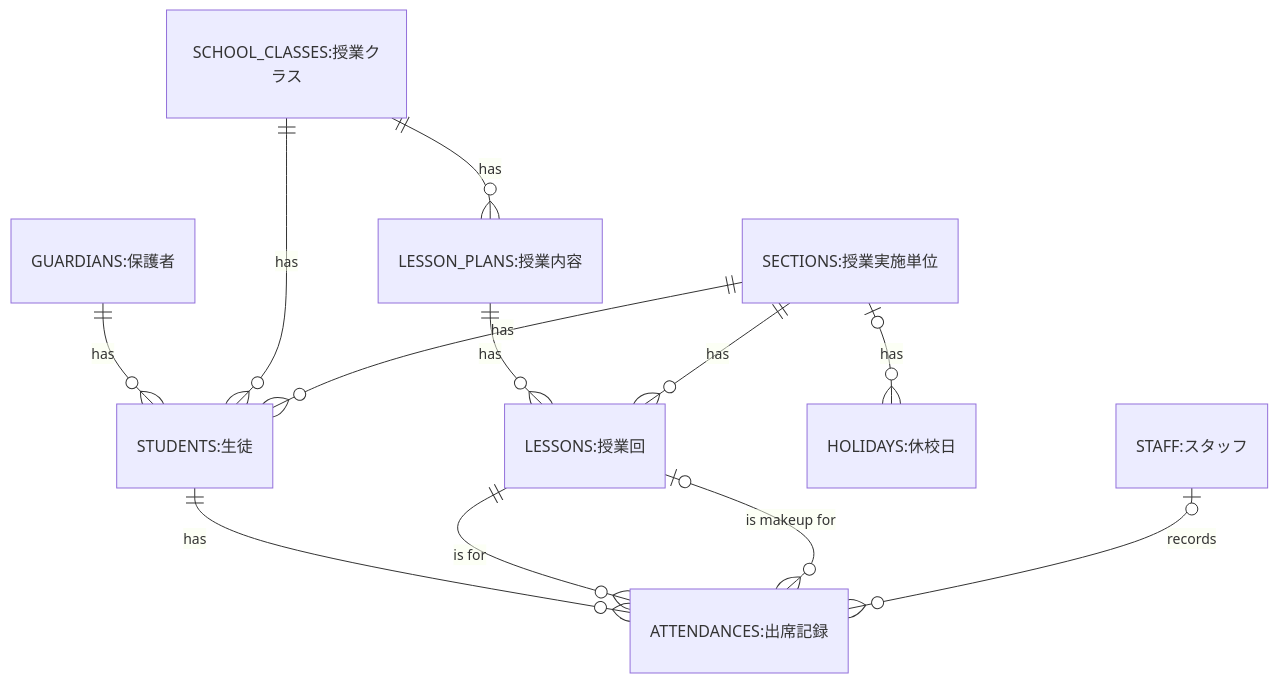
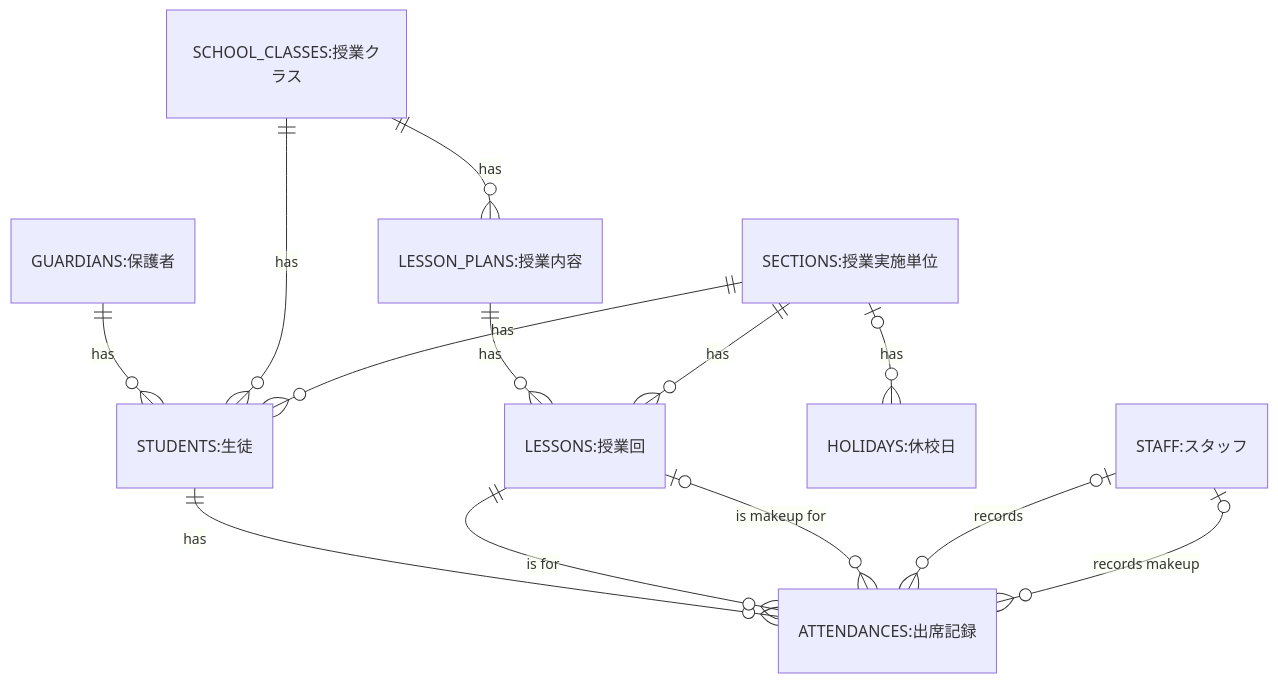
One commit to yamanoha-taishi/programming-school-attendance changed the diagram in docs/design/テーブル定義書.md. Above: the diagram before and after it, drawn with Mermaid. The commit also changed other lines of this file and 11 other files, not shown here.

````diff
--- a/docs/design/テーブル定義書.md
+++ b/docs/design/テーブル定義書.md
@@ -174,25 +175,26 @@
 ```mermaid
 
 erDiagram
   GUARDIANS["GUARDIANS:保護者"] {}
   STUDENTS["STUDENTS:生徒"] {}
   STAFF["STAFF:スタッフ"] {}
   HOLIDAYS["HOLIDAYS:休校日"] {}
   SCHOOL_CLASSES["SCHOOL_CLASSES:授業クラス"] {}
   LESSONS["LESSONS:授業回"] {}
   LESSON_PLANS["LESSON_PLANS:授業内容"] {}
   SECTIONS["SECTIONS:授業実施単位"] {}
   ATTENDANCES["ATTENDANCES:出席記録"] {}
   GUARDIANS ||--o{ STUDENTS : "has"
   SCHOOL_CLASSES ||--o{ STUDENTS : "has"
   SECTIONS |o--o{ HOLIDAYS : "has"
   SECTIONS ||--o{ STUDENTS : "has"
   SCHOOL_CLASSES ||--o{ LESSON_PLANS : "has"
   LESSON_PLANS ||--o{ LESSONS : "has"
   SECTIONS ||--o{ LESSONS : "has"
   STUDENTS ||--o{ ATTENDANCES : "has"
   LESSONS ||--o{ ATTENDANCES : "is for"
   LESSONS |o--o{ ATTENDANCES : "is makeup for"
   STAFF |o--o{ ATTENDANCES : "records"
+  STAFF |o--o{ ATTENDANCES : "records makeup"
 
 ```
````
